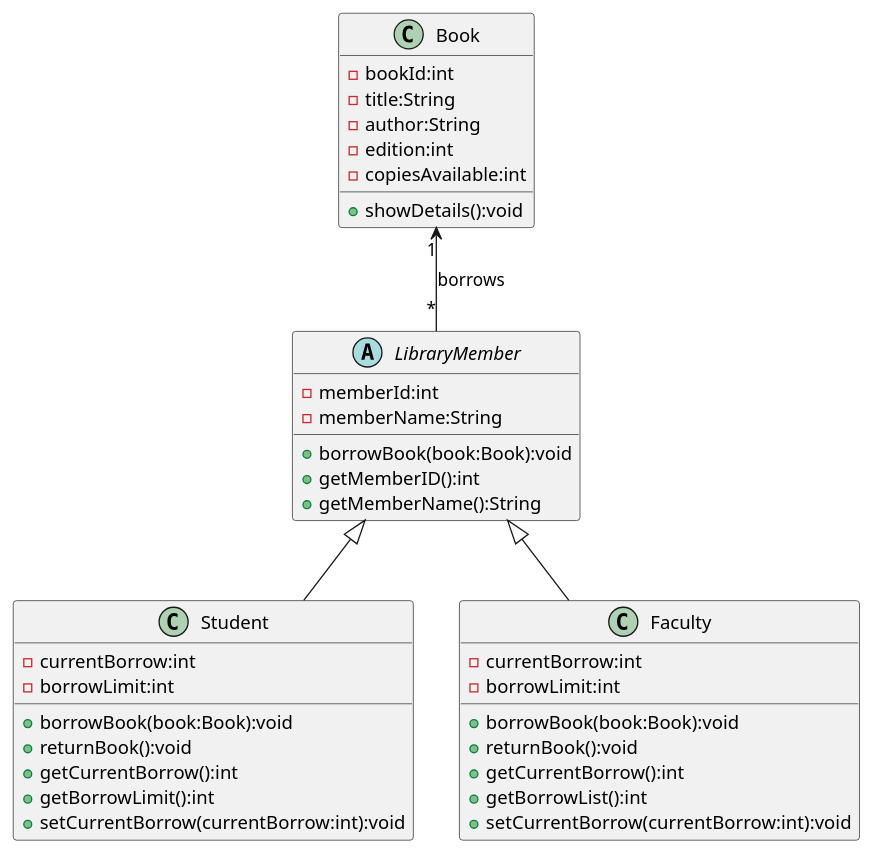
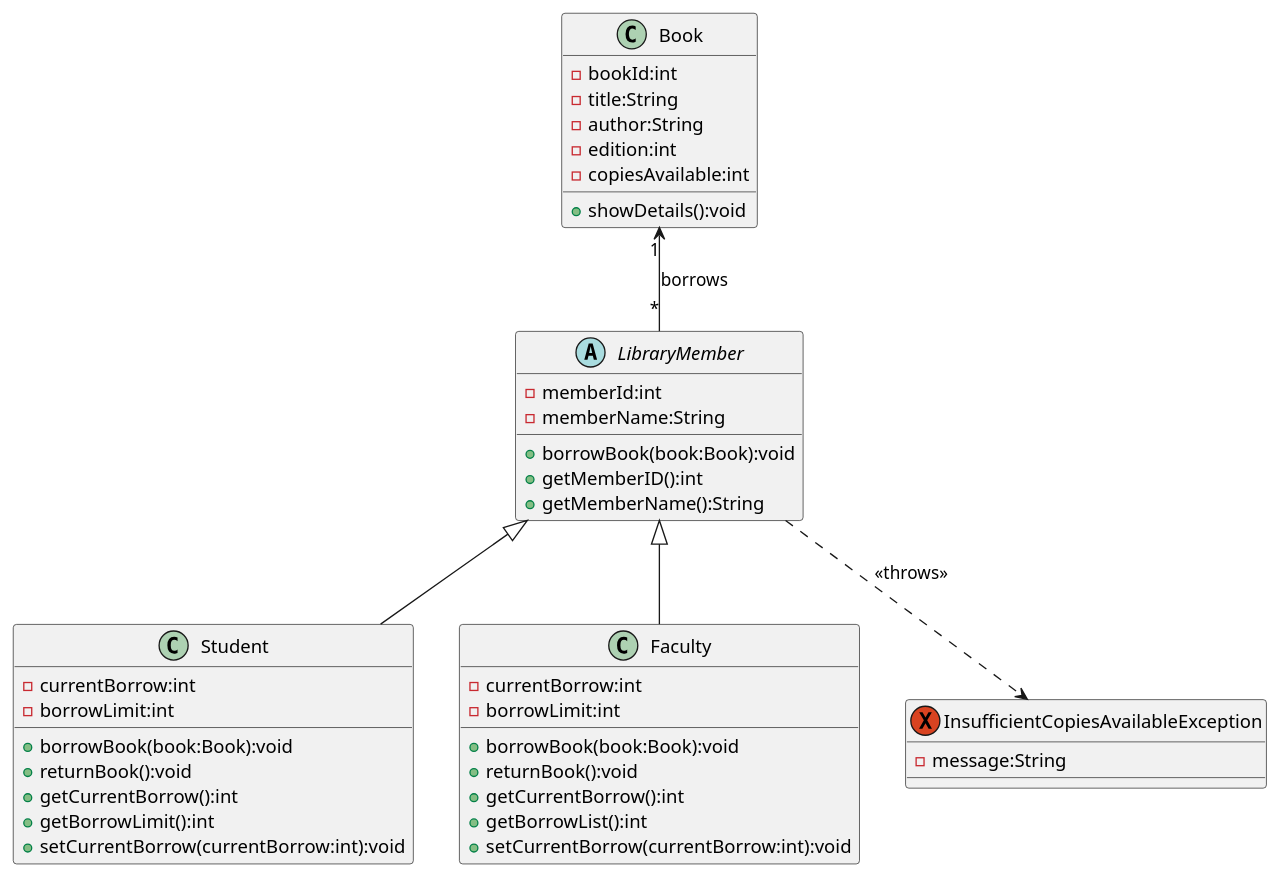
The diagram in src/ClassDiagram.puml (fiskedg/OOD-Module-1-Practice), drawn with PlantUML before and after one commit. The commit also changed 1 other file, not shown here.

Commit message:
InsufficientCopiesException exception

```diff
--- a/src/ClassDiagram.puml
+++ b/src/ClassDiagram.puml
@@ -1,45 +1,50 @@
 @startuml Practice1
 
 class Book{
     -bookId:int
     -title:String
     -author:String
     -edition:int
     -copiesAvailable:int
     +showDetails():void
 }
 
 abstract class LibraryMember{
     -memberId:int
     -memberName:String
     +borrowBook(book:Book):void
     +getMemberID():int
     +getMemberName():String   
 }
 
 class Student{
     -currentBorrow:int
     -borrowLimit:int
     +borrowBook(book:Book):void
     +returnBook():void
     +getCurrentBorrow():int
     +getBorrowLimit():int
     +setCurrentBorrow(currentBorrow:int):void
 }
 
 class Faculty{
     -currentBorrow:int
     -borrowLimit:int
     +borrowBook(book:Book):void
     +returnBook():void
     +getCurrentBorrow():int
     +getBorrowList():int
     +setCurrentBorrow(currentBorrow:int):void
 }
 
+exception InsufficientCopiesAvailableException{
+    -message:String
+}
+
 'Relations
 LibraryMember <|-- Student
 LibraryMember <|-- Faculty
 Book "1" <-- "*" LibraryMember:borrows
+LibraryMember ..> InsufficientCopiesAvailableException:<<throws>>
 
 @enduml
```
